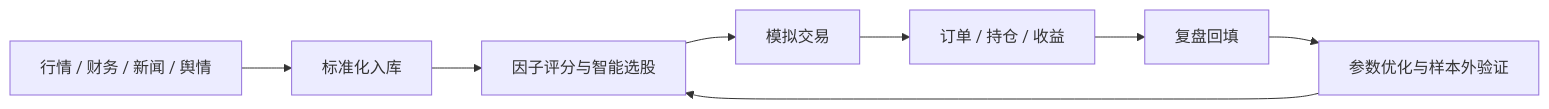
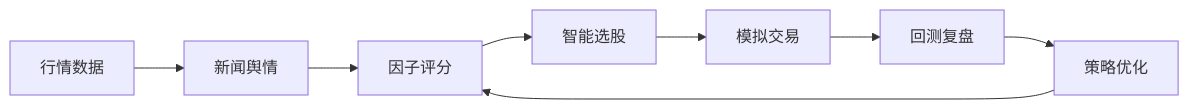
Before and after one commit to wuhuarous/TradingAgents: the first of 3 diagrams in README.md, drawn with Mermaid. The commit also changed other lines of this file, not shown here.

````diff
--- a/README.md
+++ b/README.md
@@ -237,10 +95,10 @@
 ```mermaid
 flowchart LR
-  A["行情 / 财务 / 新闻 / 舆情"] --> B["标准化入库"]
-  B --> C["因子评分与智能选股"]
-  C --> D["模拟交易"]
-  D --> E["订单 / 持仓 / 收益"]
-  E --> F["复盘回填"]
-  F --> G["参数优化与样本外验证"]
-  G --> C
+    A[行情数据] --> B[新闻舆情]
+    B --> C[因子评分]
+    C --> D[智能选股]
+    D --> E[模拟交易]
+    E --> F[回测复盘]
+    F --> G[策略优化]
+    G --> C
 ```
````
